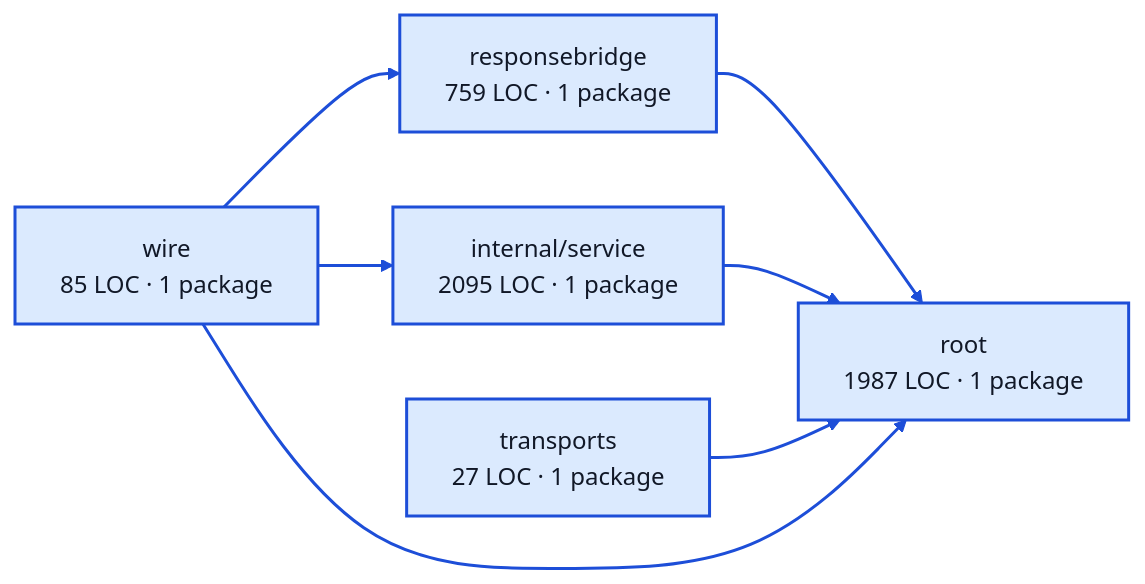
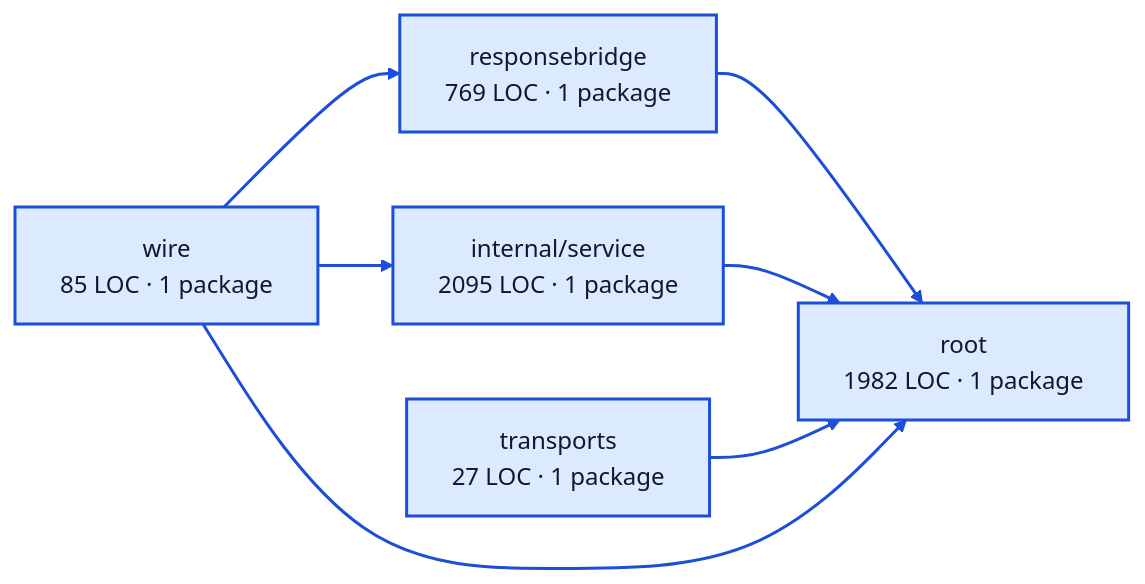
One commit to portpowered/you-agent-factory changed the diagram in docs/architecture/visualizations/services/chat_sessions.md. Above: the diagram before and after it, drawn with Mermaid (forest theme). The commit also changed other lines of this file and 20 other files, not shown here.

Commit message:
docs: refresh backend architecture visualizations

````diff
--- a/docs/architecture/visualizations/services/chat_sessions.md
+++ b/docs/architecture/visualizations/services/chat_sessions.md
@@ -11,20 +11,20 @@
 ```mermaid
 flowchart LR
-  p0["responsebridge<br/>759 LOC · 1 package"]
+  p0["responsebridge<br/>769 LOC · 1 package"]
   p1["internal/service<br/>2095 LOC · 1 package"]
-  p2["root<br/>1987 LOC · 1 package"]
+  p2["root<br/>1982 LOC · 1 package"]
   p3["transports<br/>27 LOC · 1 package"]
   p4["wire<br/>85 LOC · 1 package"]
   p0 --> p2
   p1 --> p2
   p3 --> p2
   p4 --> p0
   p4 --> p1
   p4 --> p2
   style p0 fill:#dbeafe,stroke:#1d4ed8,stroke-width:2px,color:#111827
   style p1 fill:#dbeafe,stroke:#1d4ed8,stroke-width:2px,color:#111827
   style p2 fill:#dbeafe,stroke:#1d4ed8,stroke-width:2px,color:#111827
   style p3 fill:#dbeafe,stroke:#1d4ed8,stroke-width:2px,color:#111827
   style p4 fill:#dbeafe,stroke:#1d4ed8,stroke-width:2px,color:#111827
   linkStyle default stroke:#1d4ed8,stroke-width:2px
 ```
````
